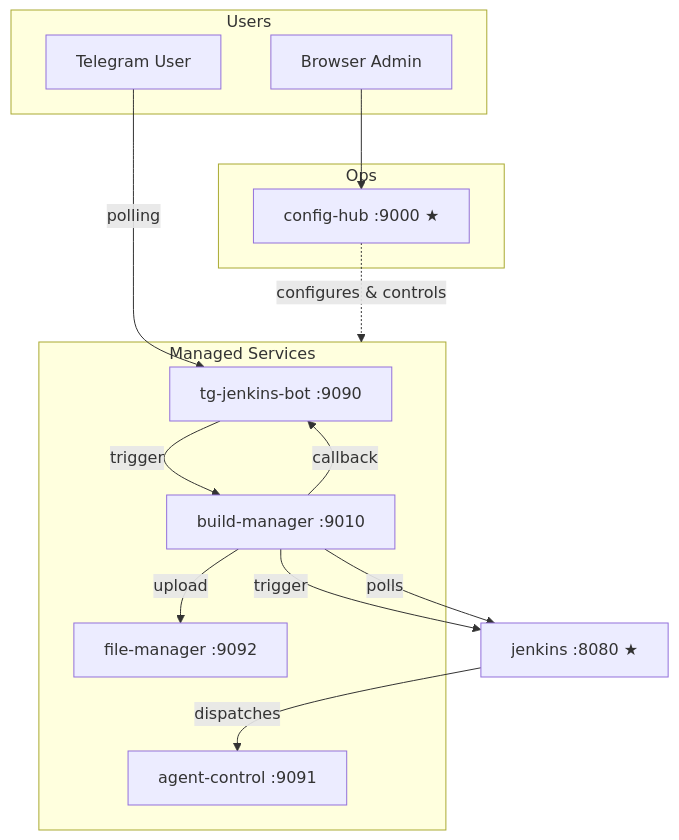
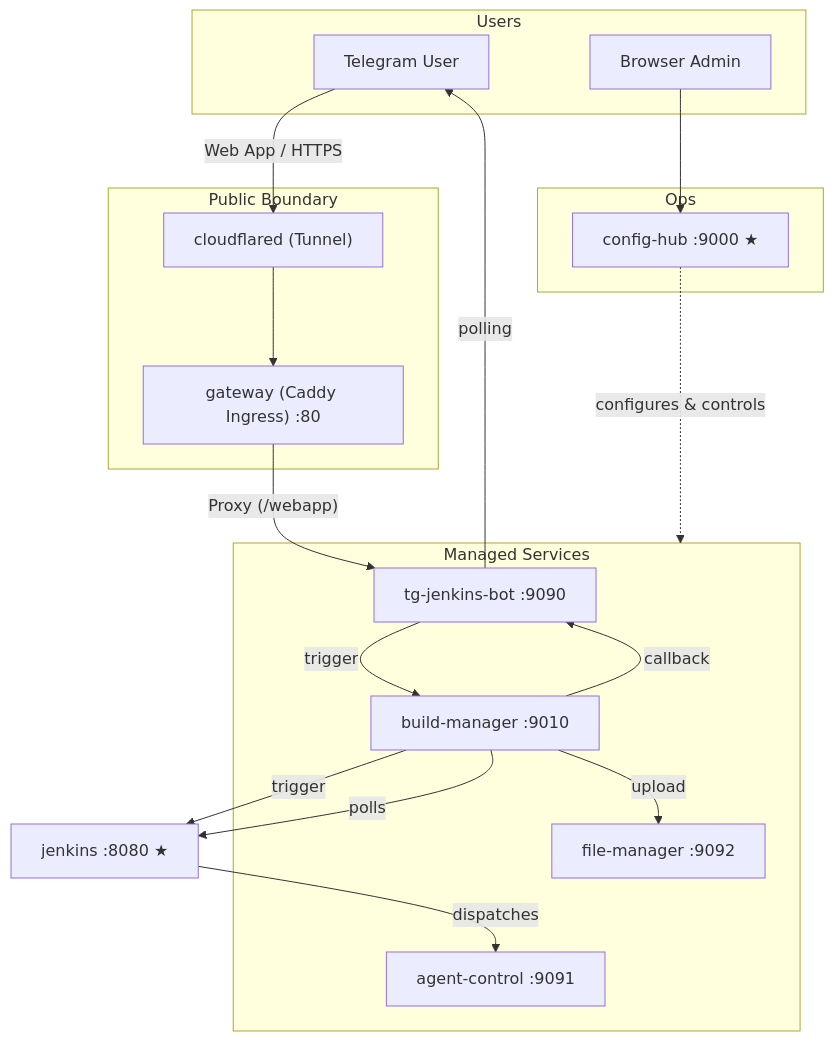
The diagram in README.md (VinhNgT/jenkins-flutter-bot), drawn with Mermaid before and after one commit. The commit also changed other lines of this file and 1 other file, not shown here.

````diff
--- a/README.md
+++ b/README.md
@@ -13,31 +13,39 @@
 ```mermaid
 graph TD
     subgraph users["Users"]
         TU["Telegram User"]
         BA["Browser Admin"]
+    end
+
+    subgraph public["Public Boundary"]
+        CF["cloudflared (Tunnel)"]
+        GW["gateway (Caddy Ingress) :80"]
     end
 
     subgraph ops["Ops"]
         CH["config-hub :9000 ★"]
     end
 
     subgraph managed["Managed Services"]
         BOT["tg-jenkins-bot :9090"]
         BM["build-manager :9010"]
         FM["file-manager :9092"]
         AGT["agent-control :9091"]
     end
 
     JNK["jenkins :8080 ★"]
 
-    TU -- polling --> BOT
+    TU -- Web App / HTTPS --> CF
+    CF --> GW
+    GW -- Proxy (/webapp) --> BOT
+    BOT -- polling --> TU
     BA --> CH
     CH -. "configures & controls" .-> managed
 
     BOT -- trigger --> BM
     BM -- trigger --> JNK
     JNK -- dispatches --> AGT
     BM -- polls --> JNK
     BM -- upload --> FM
     BM -- callback --> BOT
 ```
````
